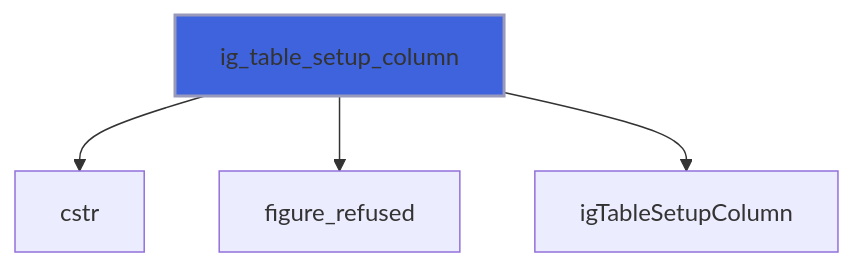
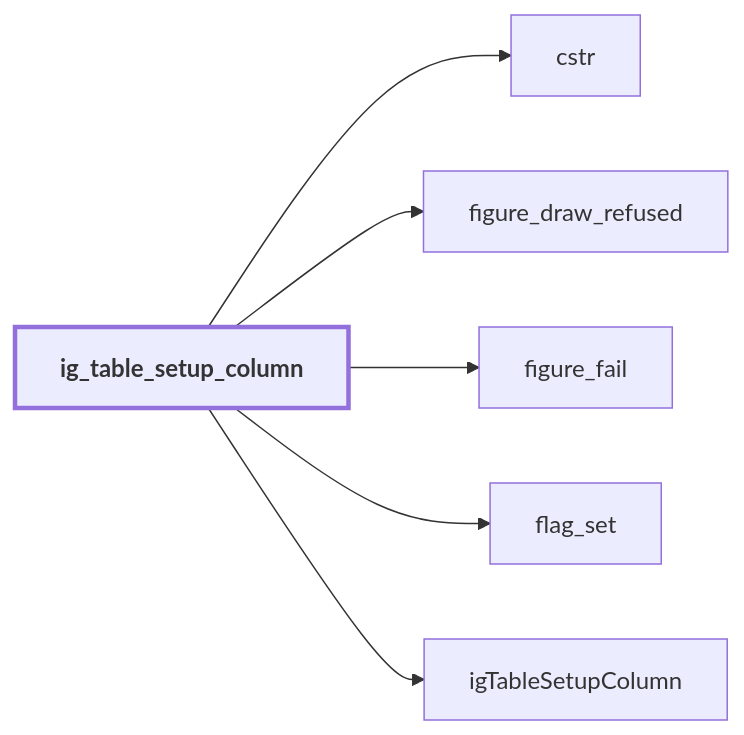
Diagram 12 of 40 in docs/api/src/lib/figure_group.md (szaghi/figure), drawn with Mermaid before and after one commit. The commit also changed other lines of this file and 54 other files, not shown here.

````diff
--- a/docs/api/src/lib/figure_group.md
+++ b/docs/api/src/lib/figure_group.md
@@ -292,7 +522,15 @@
 ```mermaid
-flowchart TD
+flowchart LR
   ig_table_setup_column["ig_table_setup_column"] --> cstr["cstr"]
-  ig_table_setup_column["ig_table_setup_column"] --> figure_refused["figure_refused"]
+  ig_table_setup_column["ig_table_setup_column"] --> figure_draw_refused["figure_draw_refused"]
+  ig_table_setup_column["ig_table_setup_column"] --> figure_fail["figure_fail"]
+  ig_table_setup_column["ig_table_setup_column"] --> flag_set["flag_set"]
   ig_table_setup_column["ig_table_setup_column"] --> igTableSetupColumn["igTableSetupColumn"]
-  style ig_table_setup_column fill:#3e63dd,stroke:#99b,stroke-width:2px
+  classDef focus stroke-width:3px,font-weight:bold
+  class ig_table_setup_column focus
+  click figure_draw_refused href "figure_base.html#figure-draw-refused" "figure_draw_refused"
+  click figure_fail href "figure_base.html#figure-fail" "figure_fail"
+  click flag_set href "#flag-set" "flag_set"
+  click igTableSetupColumn href "figure_cimgui.html#igtablesetupcolumn" "igTableSetupColumn"
+  click cstr href "figure_base.html#cstr" "cstr"
 ```
````
